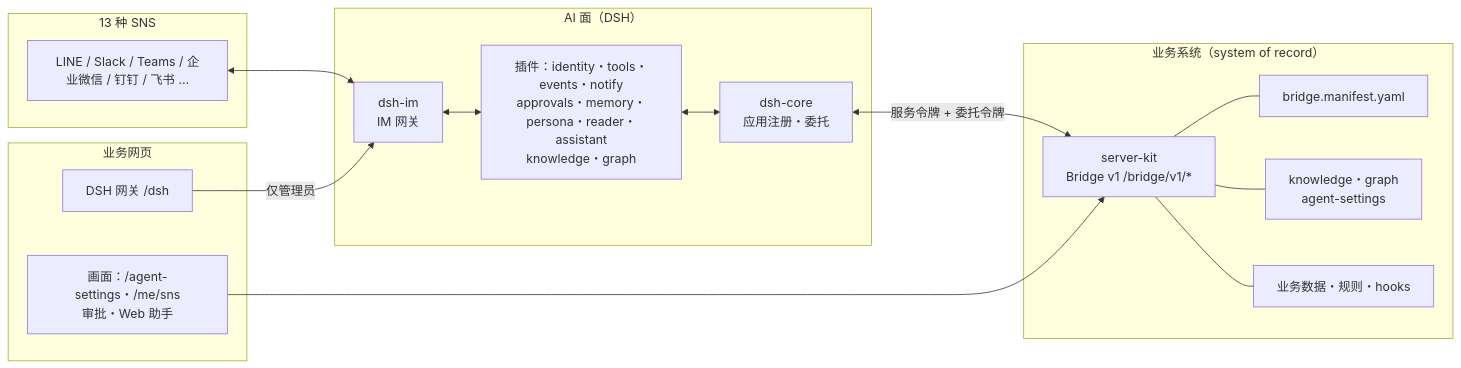
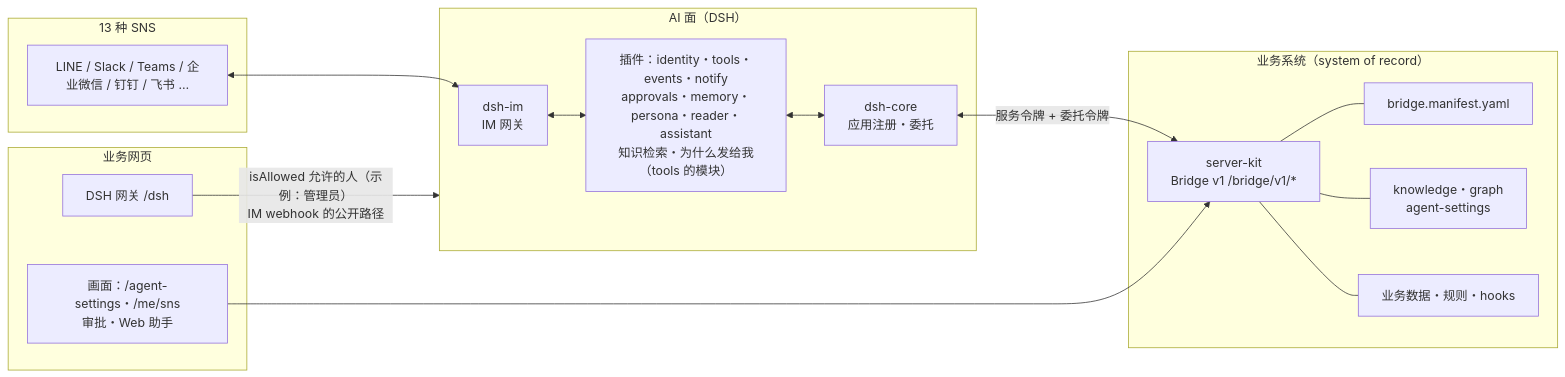
The first of 2 diagrams in docs/MANUAL.md (ITC-cloud-soft/biz-ai-agent), drawn with Mermaid before and after one commit. The commit also changed other lines of this file and 3 other files, not shown here.

````diff
--- a/docs/MANUAL.md
+++ b/docs/MANUAL.md
@@ -60,30 +64,30 @@
 ```mermaid
 flowchart LR
   subgraph SNS["13 种 SNS"]
     L[LINE / Slack / Teams / 企业微信 / 钉钉 / 飞书 …]
   end
   subgraph AI["AI 面（DSH）"]
     IM[dsh-im<br/>IM 网关]
     CORE[dsh-core<br/>应用注册・委托]
-    P[插件：identity・tools・events・notify<br/>approvals・memory・persona・reader・assistant<br/>knowledge・graph]
+    P[插件：identity・tools・events・notify<br/>approvals・memory・persona・reader・assistant<br/>知识检索・为什么发给我（tools 的模块）]
   end
   subgraph BIZ["业务系统（system of record）"]
     KIT[server-kit<br/>Bridge v1 /bridge/v1/*]
     MF[bridge.manifest.yaml]
     KN[knowledge・graph<br/>agent-settings]
     APP[业务数据・规则・hooks]
   end
   subgraph WEB["业务网页"]
     UI[画面：/agent-settings・/me/sns<br/>审批・Web 助手]
     GW[DSH 网关 /dsh]
   end
   L <--> IM
   IM <--> P
   P <--> CORE
   CORE <-->|服务令牌 + 委托令牌| KIT
   KIT --- APP
   KIT --- MF
   KIT --- KN
   UI --> KIT
-  GW -->|仅管理员| IM
+  GW -->|isAllowed 允许的人（示例：管理员）<br/>IM webhook 的公开路径| AI
 ```
````
